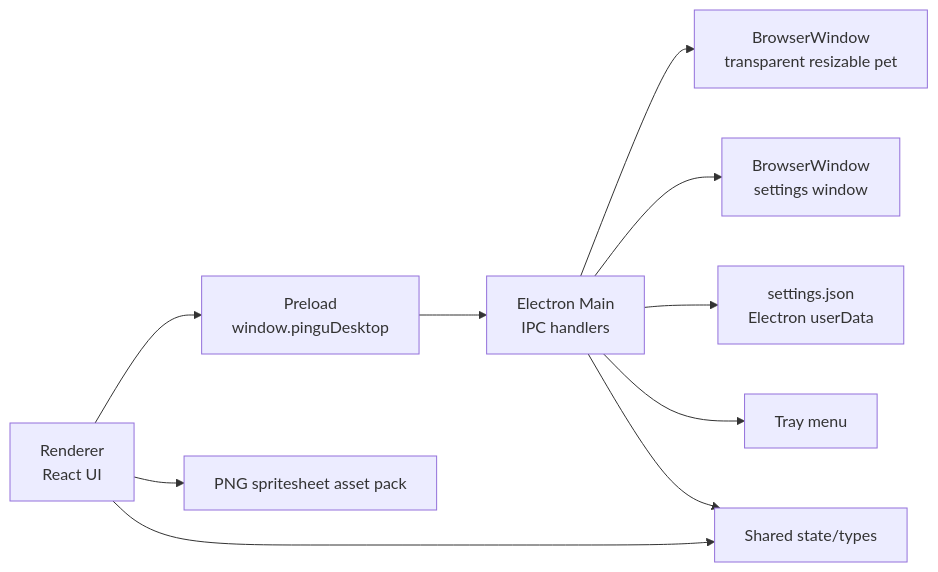
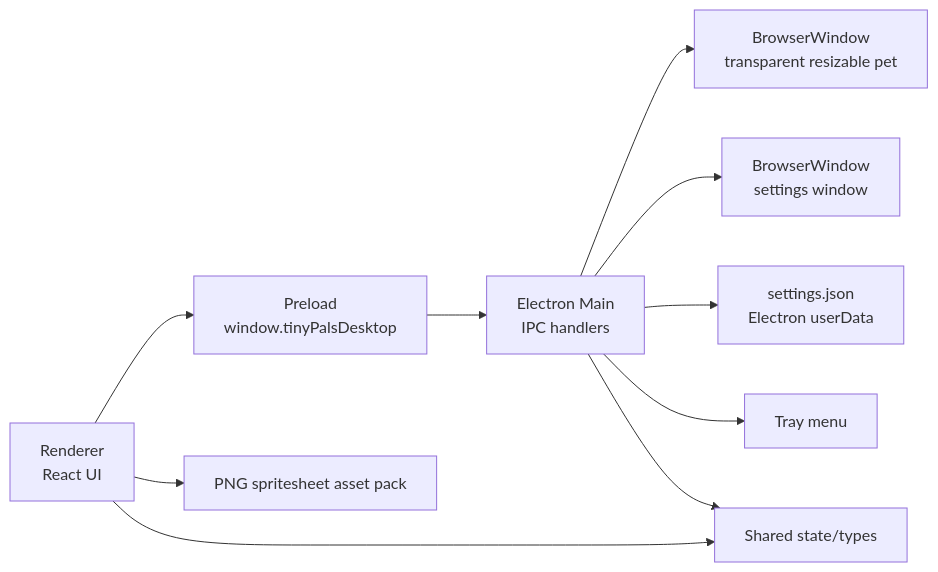
The first of 3 diagrams in docs/architecture.md (an-jiohh/tinypals), drawn with Mermaid before and after one commit. The commit also changed other lines of this file and 76 other files, not shown here.

Commit message:
Pingu 브랜딩을 TinyPals로 변경

````diff
--- a/docs/architecture.md
+++ b/docs/architecture.md
@@ -36,12 +36,12 @@
 ```mermaid
 flowchart LR
-  Renderer["Renderer\nReact UI"] --> Preload["Preload\nwindow.pinguDesktop"]
+  Renderer["Renderer\nReact UI"] --> Preload["Preload\nwindow.tinyPalsDesktop"]
   Preload --> Main["Electron Main\nIPC handlers"]
   Main --> PetWindow["BrowserWindow\ntransparent resizable pet"]
   Main --> SettingsWindow["BrowserWindow\nsettings window"]
   Main --> Store["settings.json\nElectron userData"]
   Main --> Tray["Tray menu"]
   Renderer --> Assets["PNG spritesheet asset pack"]
   Renderer --> Shared["Shared state/types"]
   Main --> Shared
 ```
````
